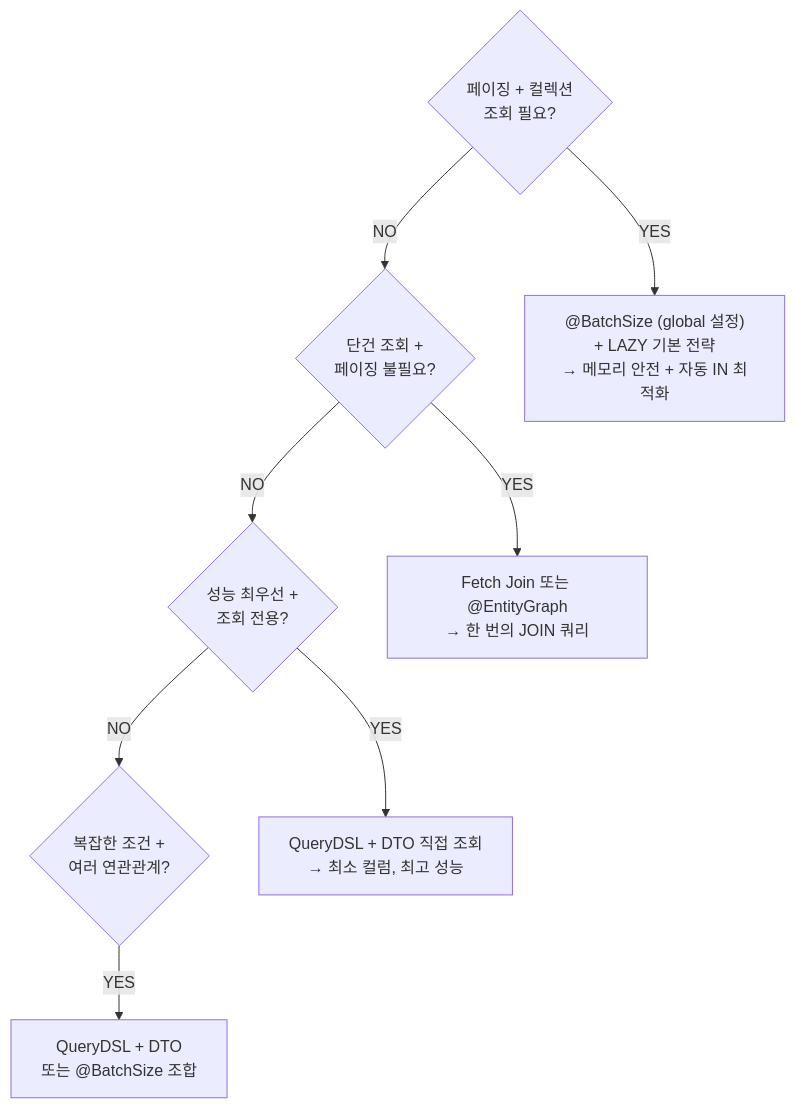
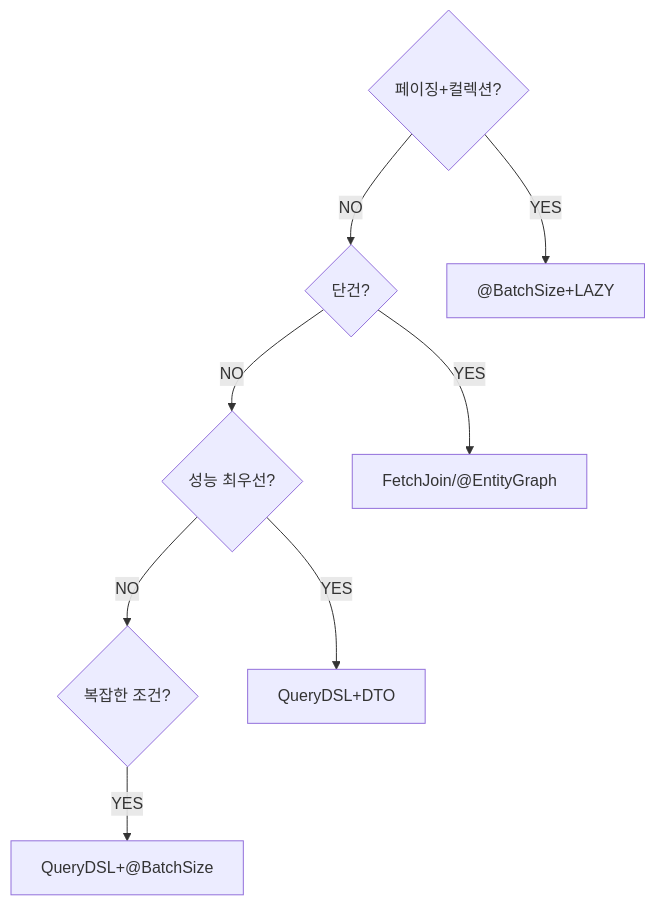
Before and after one commit to yjkim2015/yjkim2015.github.io: the fourth of 6 diagrams in _posts/jpa/2026-05-01-jpa-n-plus-1.md, drawn with Mermaid. The commit also changed other lines of this file and 215 other files, not shown here.

First line of the commit message:
신규 포스트 10개 추가 + Mermaid 전면 축소 + SystemDesign 시리즈 보강

````diff
--- a/_posts/jpa/2026-05-01-jpa-n-plus-1.md
+++ b/_posts/jpa/2026-05-01-jpa-n-plus-1.md
@@ -441,19 +429,14 @@
 ```mermaid
 graph TD
-    Q1{"페이징 + 컬렉션\n조회 필요?"}
-    Q2{"단건 조회 +\n페이징 불필요?"}
-    Q3{"성능 최우선 +\n조회 전용?"}
-    Q4{"복잡한 조건 +\n여러 연관관계?"}
-    A1["@BatchSize (global 설정)\n+ LAZY 기본 전략\n→ 메모리 안전 + 자동 IN 최적화"]
-    A2["Fetch Join 또는 @EntityGraph\n→ 한 번의 JOIN 쿼리"]
-    A3["QueryDSL + DTO 직접 조회\n→ 최소 컬럼, 최고 성능"]
-    A4["QueryDSL + DTO\n또는 @BatchSize 조합"]
-
-    Q1 -->|"YES"| A1
-    Q1 -->|"NO"| Q2
-    Q2 -->|"YES"| A2
-    Q2 -->|"NO"| Q3
-    Q3 -->|"YES"| A3
-    Q3 -->|"NO"| Q4
-    Q4 -->|"YES"| A4
+    Q1{"페이징+컬렉션?"}
+    Q2{"단건?"}
+    Q3{"성능 최우선?"}
+    Q4{"복잡한 조건?"}
+    Q1 -->|YES| A1["@BatchSize+LAZY"]
+    Q1 -->|NO| Q2
+    Q2 -->|YES| A2["FetchJoin/@EntityGraph"]
+    Q2 -->|NO| Q3
+    Q3 -->|YES| A3["QueryDSL+DTO"]
+    Q3 -->|NO| Q4
+    Q4 -->|YES| A4["QueryDSL+@BatchSize"]
 ```
````
